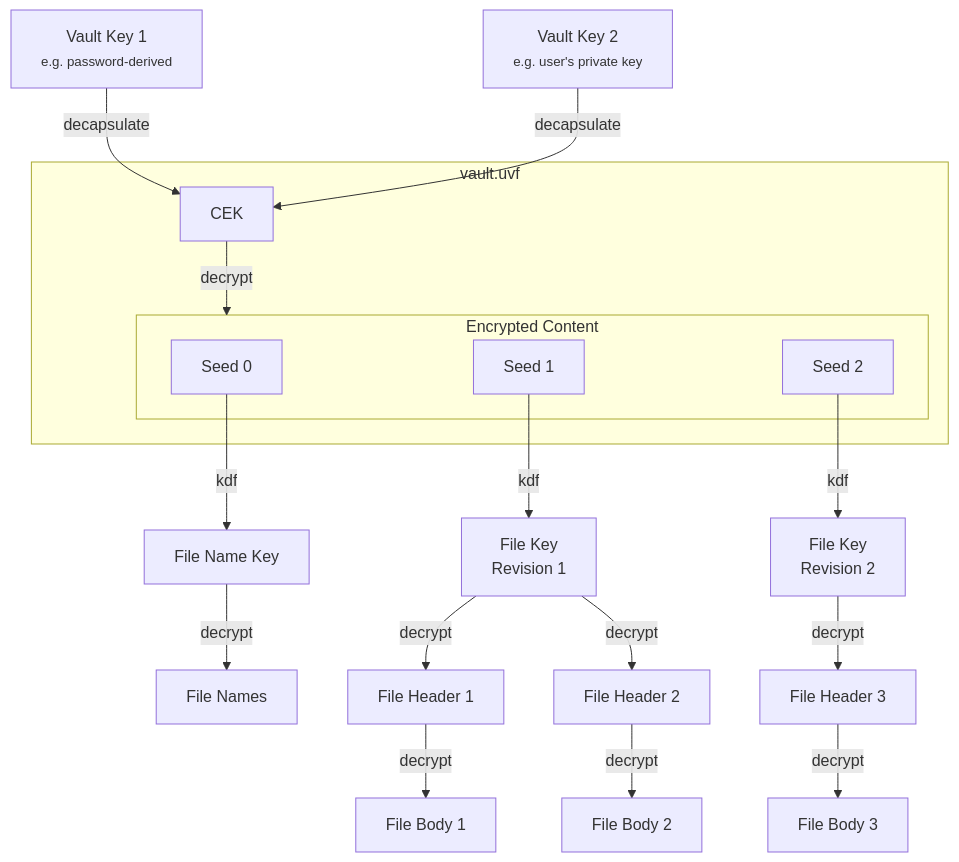
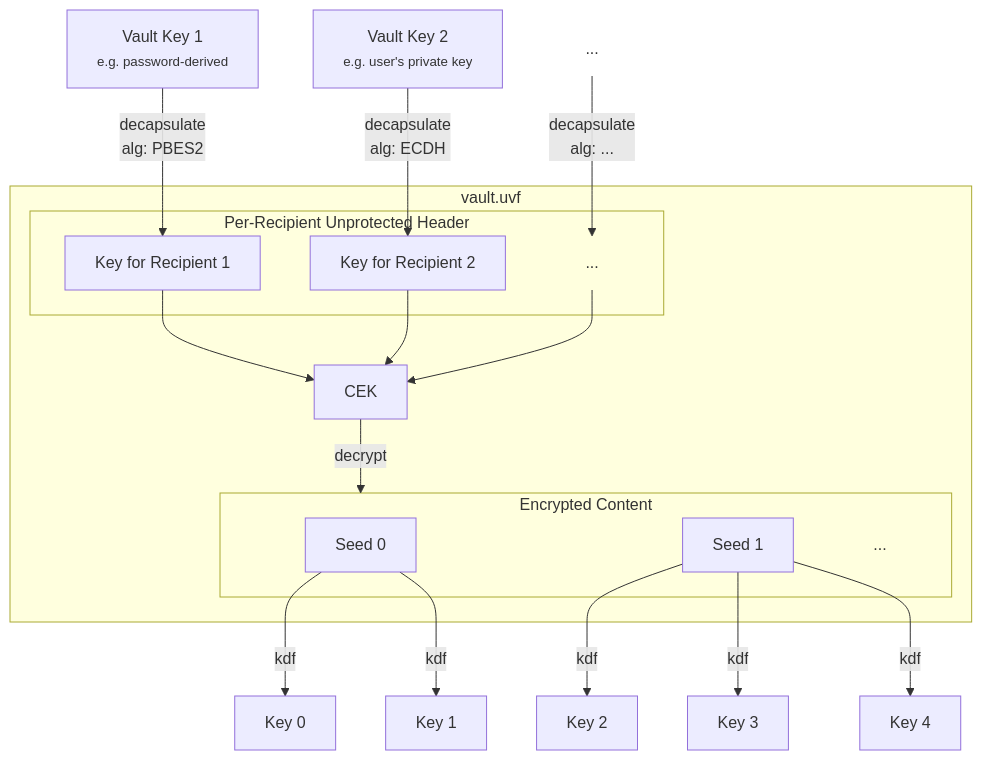
Before and after one commit to encryption-alliance/unified-vault-format: the diagram in vault metadata/README.md, drawn with Mermaid.

Commit message:
update mermaid chart

````diff
--- a/vault metadata/README.md
+++ b/vault metadata/README.md
@@ -10,27 +10,36 @@
 ```mermaid
 flowchart TB
     subgraph JWE [vault.uvf]
+        subgraph Recipients [Per-Recipient Unprotected Header]
+            r0[Key for Recipient 1]
+            r1[Key for Recipient 2]
+            r2[...]
+        end
+
         subgraph Payload [Encrypted Content]
             s0[Seed 0]
             s1[Seed 1]
-            s2[Seed 2]
+            s2[...]
         end
+        r0 --> CEK
+        r1 --> CEK
+        r2 --> CEK
         CEK -->|decrypt| Payload
     end
-    vk1[Vault Key 1<br><small>e.g. password-derived</small>] -->|decapsulate| CEK
-    vk2[Vault Key 2<br><small>e.g. user's private key</small>] -->|decapsulate| CEK
 
-    s0 -->|kdf| k0[File Name Key]
-    s1 -->|kdf| k1[File Key\n Revision 1]
-    s2 -->|kdf| k2[File Key\n Revision 2]
+    vk0[Vault Key 1<br><small>e.g. password-derived</small>] -->|decapsulate<br>alg: PBES2| r0
+    vk1[Vault Key 2<br><small>e.g. user's private key</small>] -->|decapsulate<br>alg: ECDH| r1
+    vk2[...] -->|decapsulate<br>alg: ...| r2
+    
 
-    k0 -->|decrypt| n[File Names]
+    s0 -->|kdf| k0[Key 0]
+    s0 -->|kdf| k1[Key 1]
+    s1 -->|kdf| k2[Key 2]
+    s1 -->|kdf| k3[Key 3]
+    s1 -->|kdf| k4[Key 4]
 
-    k1 -->|decrypt| h1[File Header 1]
-    k1 -->|decrypt| h2[File Header 2]
-    k2 -->|decrypt| h3[File Header 3]
+    style vk2 fill:none,stroke:none
+    style r2 fill:none,stroke:none
+    style s2 fill:none,stroke:none
 
-    h1 -->|decrypt| b1[File Body 1]
-    h2 -->|decrypt| b2[File Body 2]
-    h3 -->|decrypt| b3[File Body 3]
 ```
````
